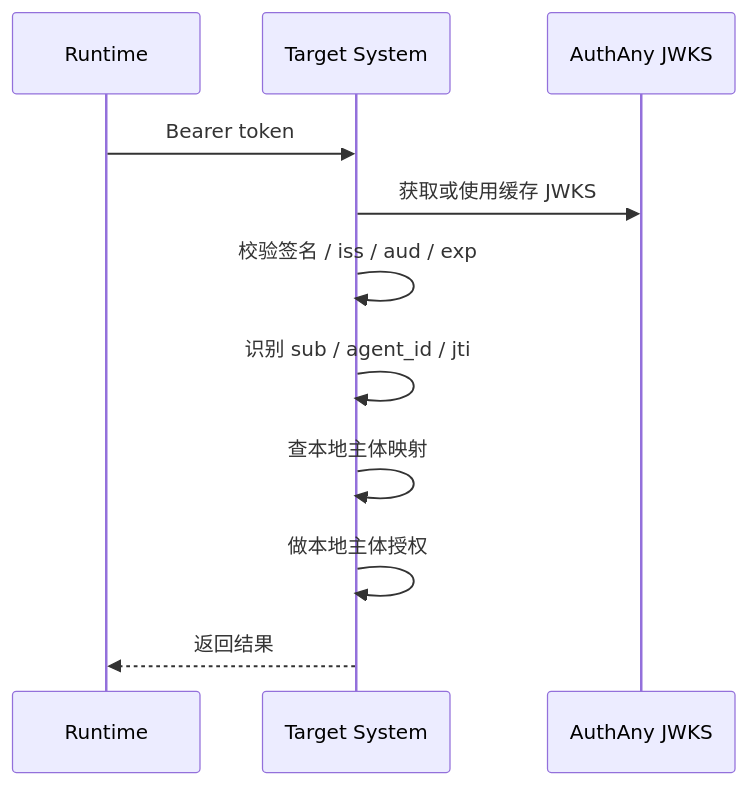
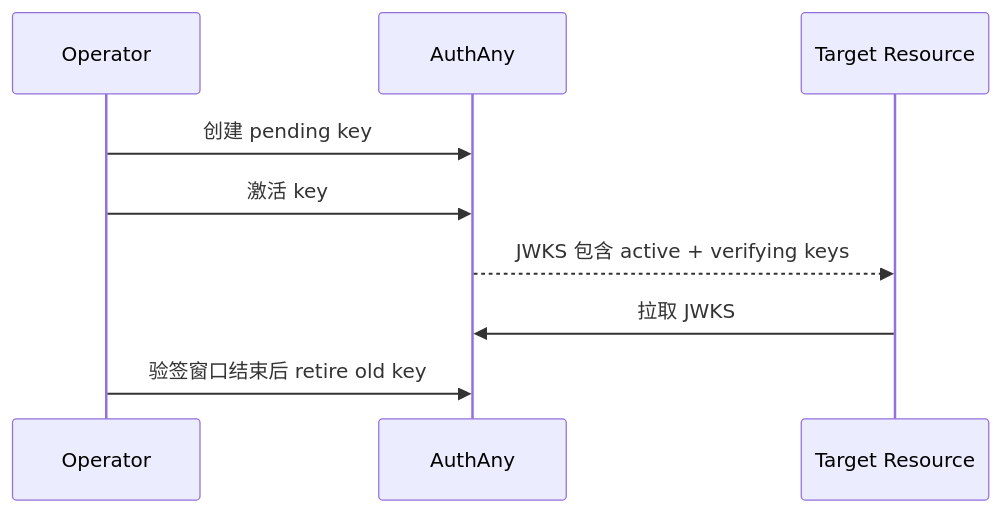
One commit to renxqoo/Authany changed the sixth of 6 diagrams in specs/15-ALL-FLOWS.md. Above: the diagram before and after it, drawn with Mermaid. The commit also changed other lines of this file and 310 other files, not shown here.

Commit message:
feat: harden security flows and reorganize example apps

````diff
--- a/specs/15-ALL-FLOWS.md
+++ b/specs/15-ALL-FLOWS.md
@@ -188,14 +118,12 @@
 ```mermaid
 sequenceDiagram
-    participant R as Runtime
-    participant T as Target System
-    participant J as AuthAny JWKS
+    participant OP as Operator
+    participant A as AuthAny
+    participant T as Target Resource
 
-    R->>T: Bearer token
-    T->>J: 获取或使用缓存 JWKS
-    T->>T: 校验签名 / iss / aud / exp
-    T->>T: 识别 sub / agent_id / jti
-    T->>T: 查本地主体映射
-    T->>T: 做本地主体授权
-    T-->>R: 返回结果
+    OP->>A: 创建 pending key
+    OP->>A: 激活 key
+    A-->>T: JWKS 包含 active + verifying keys
+    T->>A: 拉取 JWKS
+    OP->>A: 验签窗口结束后 retire old key
 ```
````
